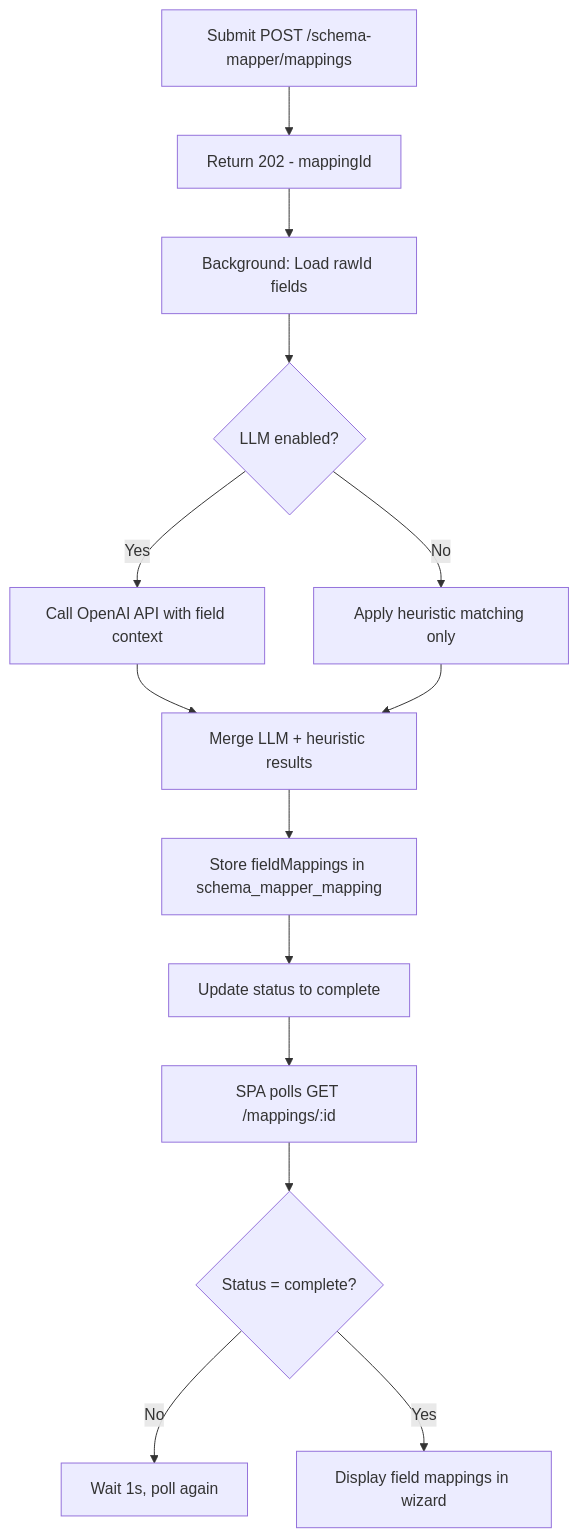
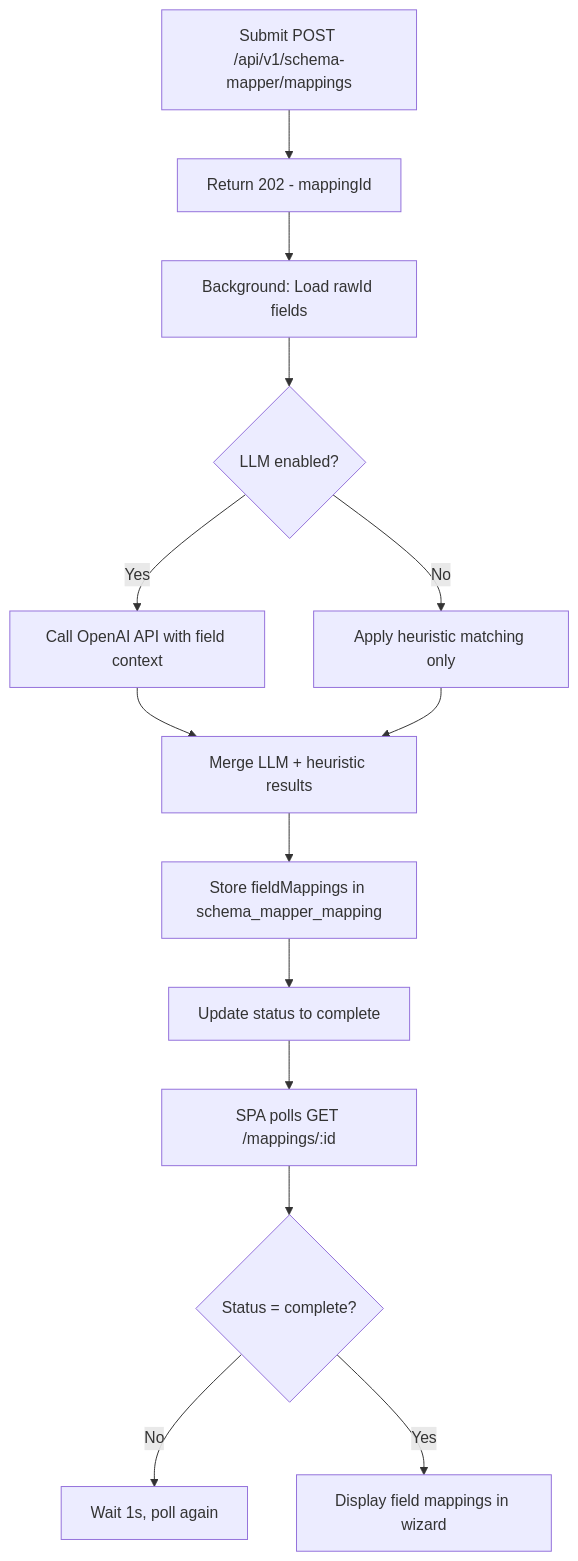
One commit to ashutoshbelulkar-coder/credit-harmony changed the first of 2 diagrams in docs/User stories/EPIC-05-Schema-Mapper-Agent.md. Above: the diagram before and after it, drawn with Mermaid. The commit also changed other lines of this file and 30 other files, not shown here.

````diff
--- a/docs/User stories/EPIC-05-Schema-Mapper-Agent.md
+++ b/docs/User stories/EPIC-05-Schema-Mapper-Agent.md
@@ -327,16 +327,16 @@
 ```mermaid
 flowchart TD
-    A[Submit POST /schema-mapper/mappings] --> B[Return 202 - mappingId]
+    A[Submit POST /api/v1/schema-mapper/mappings] --> B[Return 202 - mappingId]
     B --> C[Background: Load rawId fields]
     C --> D{LLM enabled?}
     D -->|Yes| E[Call OpenAI API with field context]
     D -->|No| F[Apply heuristic matching only]
     E --> G[Merge LLM + heuristic results]
     F --> G
     G --> H[Store fieldMappings in schema_mapper_mapping]
     H --> I[Update status to complete]
     I --> J[SPA polls GET /mappings/:id]
     J --> K{Status = complete?}
     K -->|No| L[Wait 1s, poll again]
     K -->|Yes| M[Display field mappings in wizard]
 ```
````
